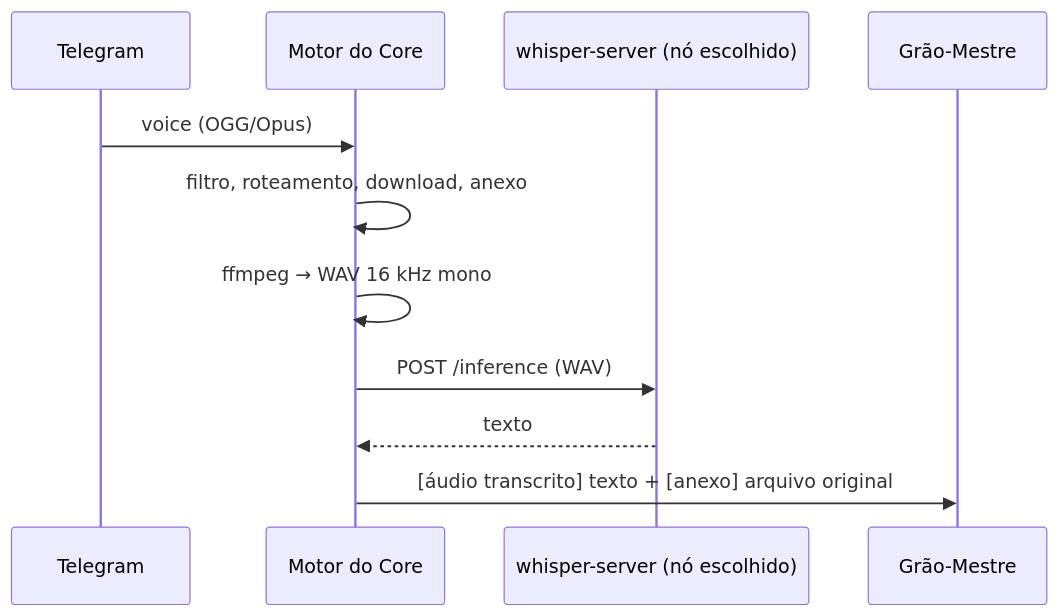
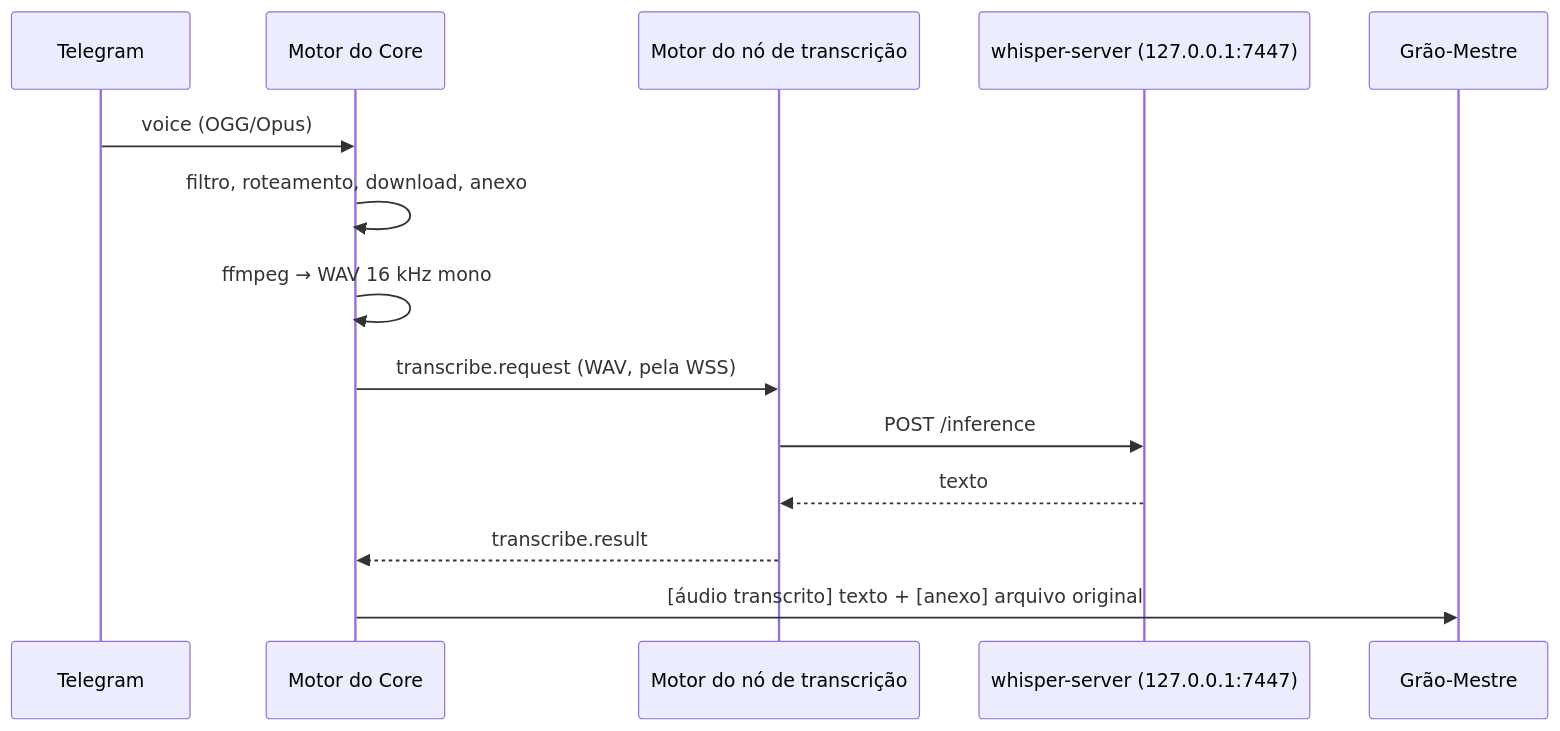
The diagram in docs/telegram/anexos-e-transcricao.md (lucasndas/mestre), drawn with Mermaid before and after one commit. The commit also changed other lines of this file and 110 other files, not shown here.

````diff
--- a/docs/telegram/anexos-e-transcricao.md
+++ b/docs/telegram/anexos-e-transcricao.md
@@ -74,13 +75,16 @@
 ```mermaid
 sequenceDiagram
   participant T as Telegram
   participant M as Motor do Core
-  participant W as whisper-server (nó escolhido)
+  participant N as Motor do nó de transcrição
+  participant W as whisper-server (127.0.0.1:7447)
   participant G as Grão-Mestre
   T->>M: voice (OGG/Opus)
   M->>M: filtro, roteamento, download, anexo
   M->>M: ffmpeg → WAV 16 kHz mono
-  M->>W: POST /inference (WAV)
-  W-->>M: texto
+  M->>N: transcribe.request (WAV, pela WSS)
+  N->>W: POST /inference
+  W-->>N: texto
+  N-->>M: transcribe.result
   M->>G: [áudio transcrito] texto + [anexo] arquivo original
 ```
````
